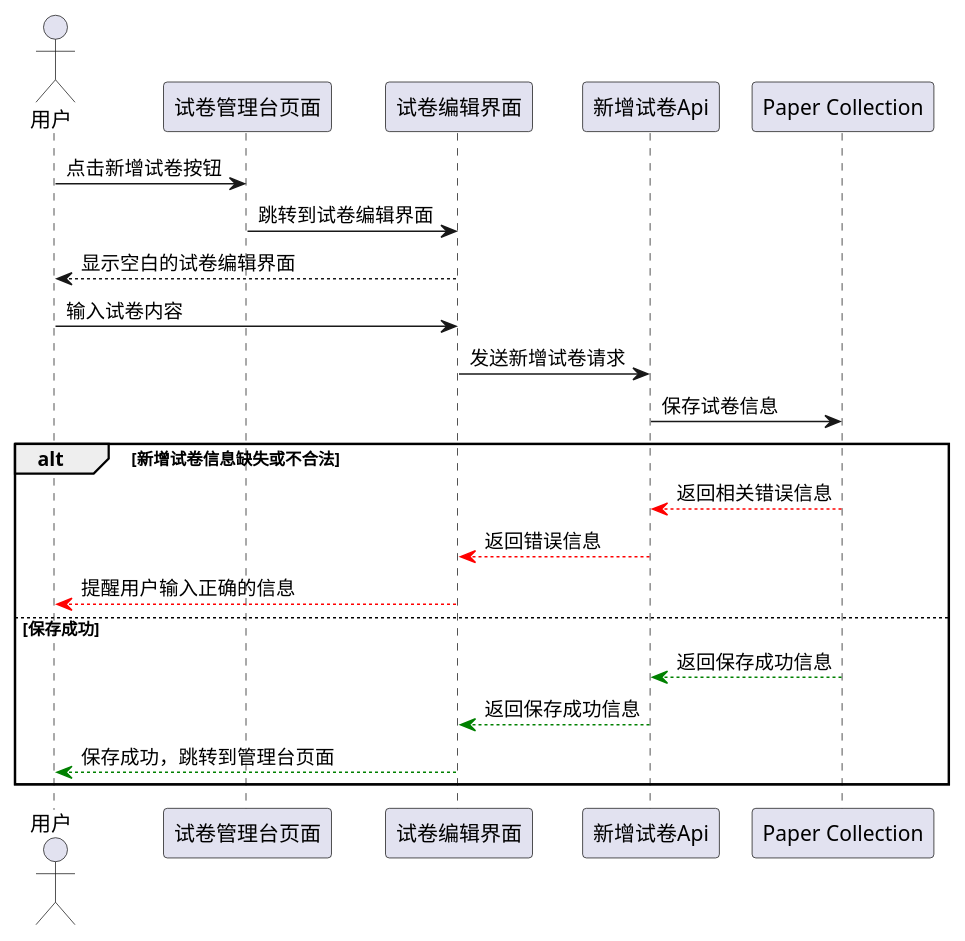
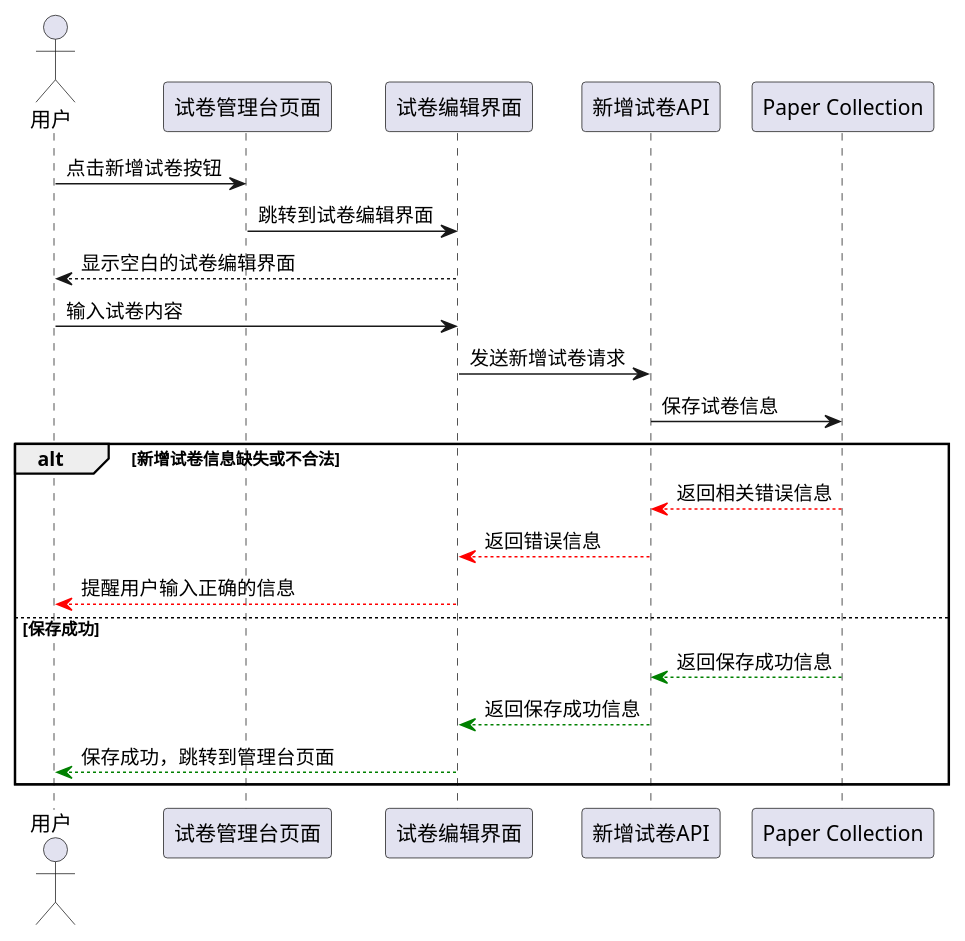
One commit to ringoyungpo/cetutor-doc changed the eighth of 15 diagrams in cetutor.md. Above: the diagram before and after it, drawn with PlantUML. The commit also changed other lines of this file, not shown here.

````diff
--- a/cetutor.md
+++ b/cetutor.md
@@ -594,24 +595,24 @@
 ```puml
 actor 用户 as A
 participant "试卷管理台页面" as B
 participant "试卷编辑界面" as C
-participant "新增试卷Api" as D
+participant "新增试卷API" as D
 participant "Paper Collection" as E
 
 A -> B: 点击新增试卷按钮
 B -> C: 跳转到试卷编辑界面
 A <-- C: 显示空白的试卷编辑界面
 A -> C: 输入试卷内容
 C -> D: 发送新增试卷请求
 D -> E: 保存试卷信息
 
 alt 新增试卷信息缺失或不合法
 	D <[#red]-- E : 返回相关错误信息
 	C <[#red]-- D : 返回错误信息
 	A <[#red]-- C: 提醒用户输入正确的信息
 else 保存成功
 	D <[#green]-- E: 返回保存成功信息
 	C <[#green]-- D: 返回保存成功信息
 	A <[#green]-- C: 保存成功，跳转到管理台页面
 end
 ```
````
